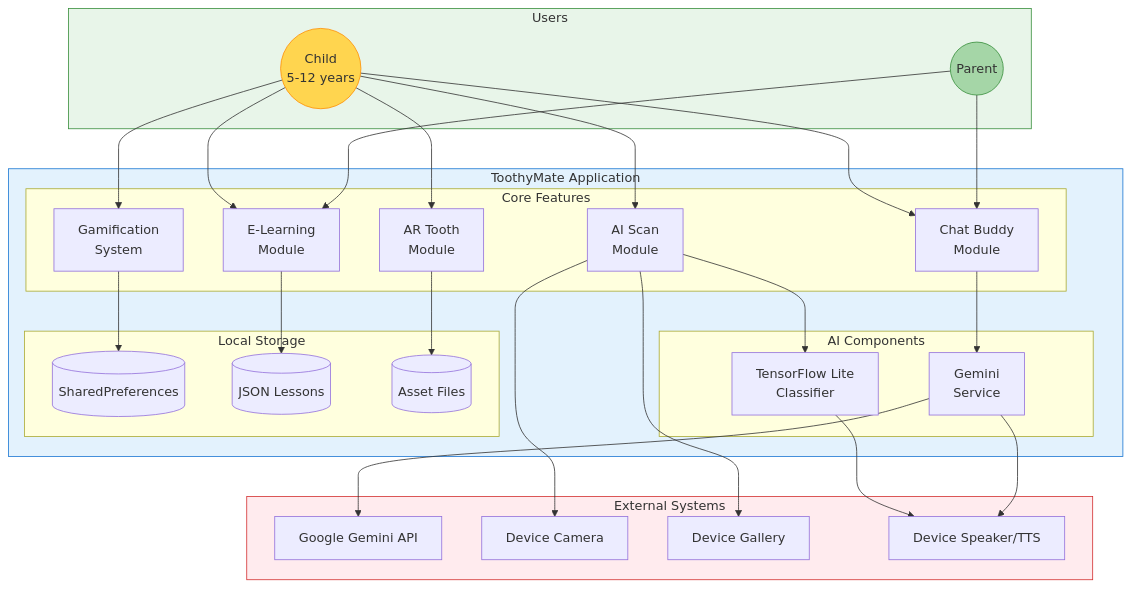
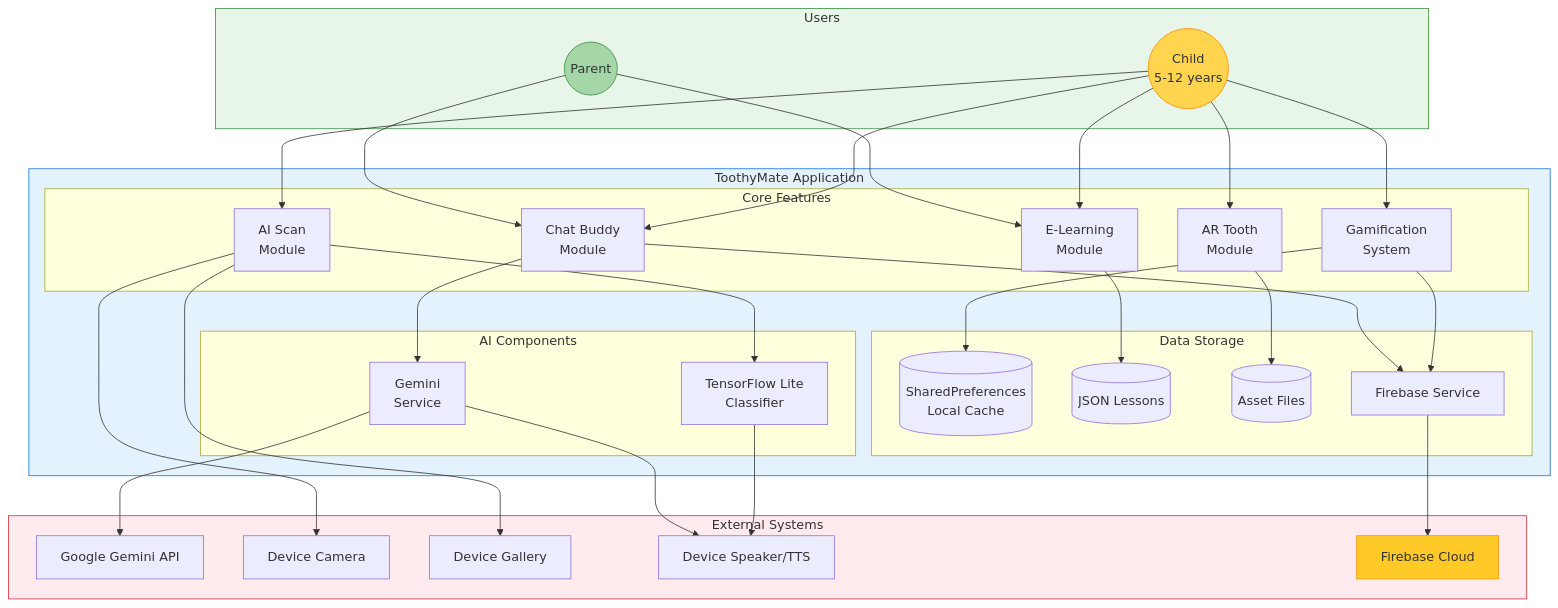
One commit to nabilashahirah/toothymate changed diagram 13 of 15 in thesis_chapters/Mermaid_Diagrams.md. Above: the diagram before and after it, drawn with Mermaid. The commit also changed other lines of this file and 9 other files, not shown here.

````diff
--- a/thesis_chapters/Mermaid_Diagrams.md
+++ b/thesis_chapters/Mermaid_Diagrams.md
@@ -467,64 +588,70 @@
 ```mermaid
 flowchart TB
     subgraph External["External Systems"]
         GEM[Google Gemini API]
         CAM[Device Camera]
         GAL[Device Gallery]
         SPK[Device Speaker/TTS]
+        FB[Firebase Cloud]
     end
 
     subgraph ToothyMate["ToothyMate Application"]
         subgraph Features["Core Features"]
             GM[Gamification<br/>System]
             EL[E-Learning<br/>Module]
             AIS[AI Scan<br/>Module]
             AR[AR Tooth<br/>Module]
             CB[Chat Buddy<br/>Module]
         end
 
         subgraph AI["AI Components"]
             TFL[TensorFlow Lite<br/>Classifier]
             GS[Gemini<br/>Service]
         end
 
-        subgraph Storage["Local Storage"]
-            SP[(SharedPreferences)]
+        subgraph Storage["Data Storage"]
+            SP[(SharedPreferences<br/>Local Cache)]
             JS[(JSON Lessons)]
             AS[(Asset Files)]
+            FBS[Firebase Service]
         end
     end
 
     subgraph Users["Users"]
         CH((Child<br/>5-12 years))
         PA((Parent))
     end
 
     CH --> GM
     CH --> EL
     CH --> AIS
     CH --> AR
     CH --> CB
 
     PA --> EL
     PA --> CB
 
     AIS --> CAM
     AIS --> GAL
     AIS --> TFL
 
     CB --> GS
     GS --> GEM
 
     GM --> SP
+    GM --> FBS
+    FBS --> FB
+    CB --> FBS
     EL --> JS
     AR --> AS
 
     TFL --> SPK
     GS --> SPK
 
     style ToothyMate fill:#E3F2FD,stroke:#1976D2
     style External fill:#FFEBEE,stroke:#D32F2F
     style Users fill:#E8F5E9,stroke:#388E3C
     style CH fill:#FFD54F,stroke:#FF8F00
     style PA fill:#A5D6A7,stroke:#388E3C
+    style FB fill:#FFCA28,stroke:#FF8F00
 ```
````
